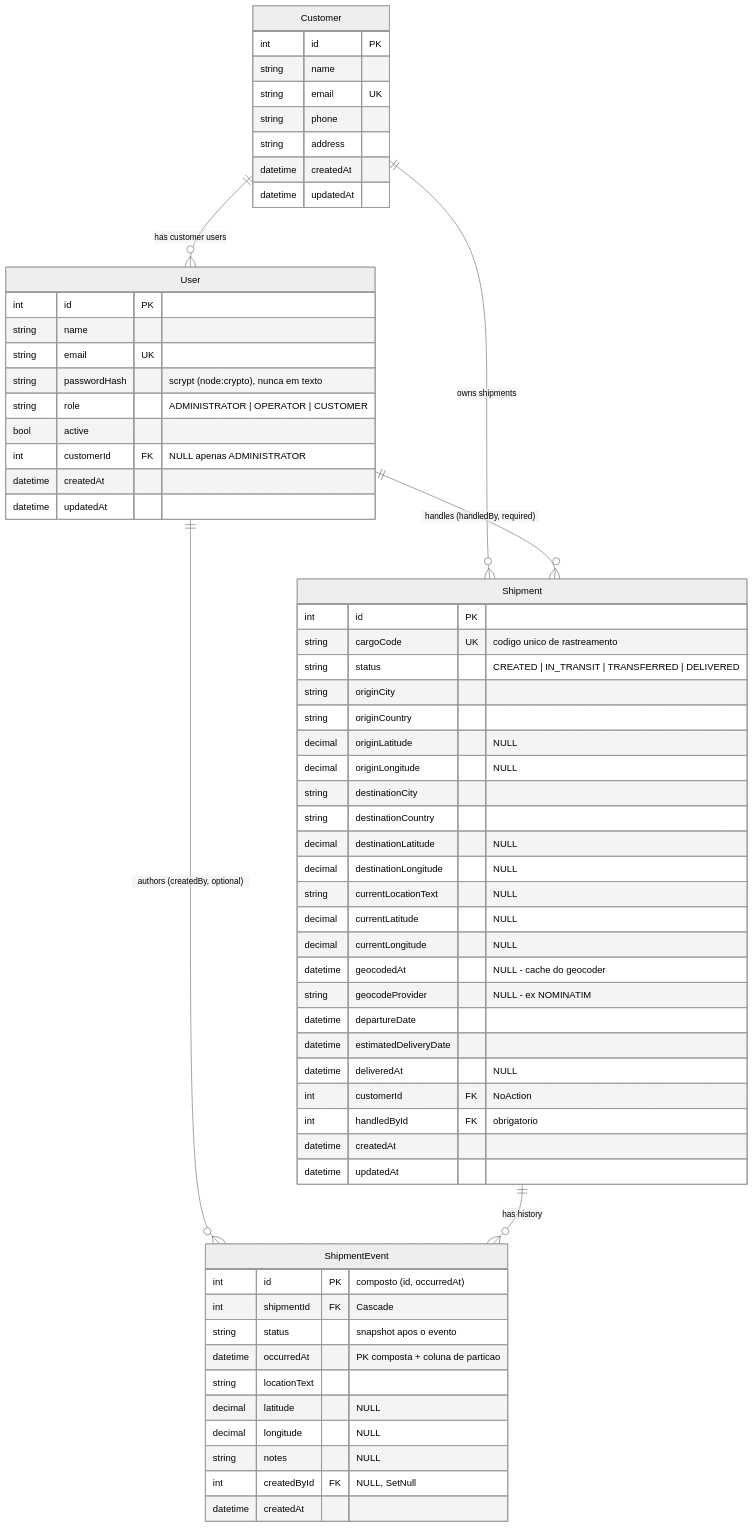
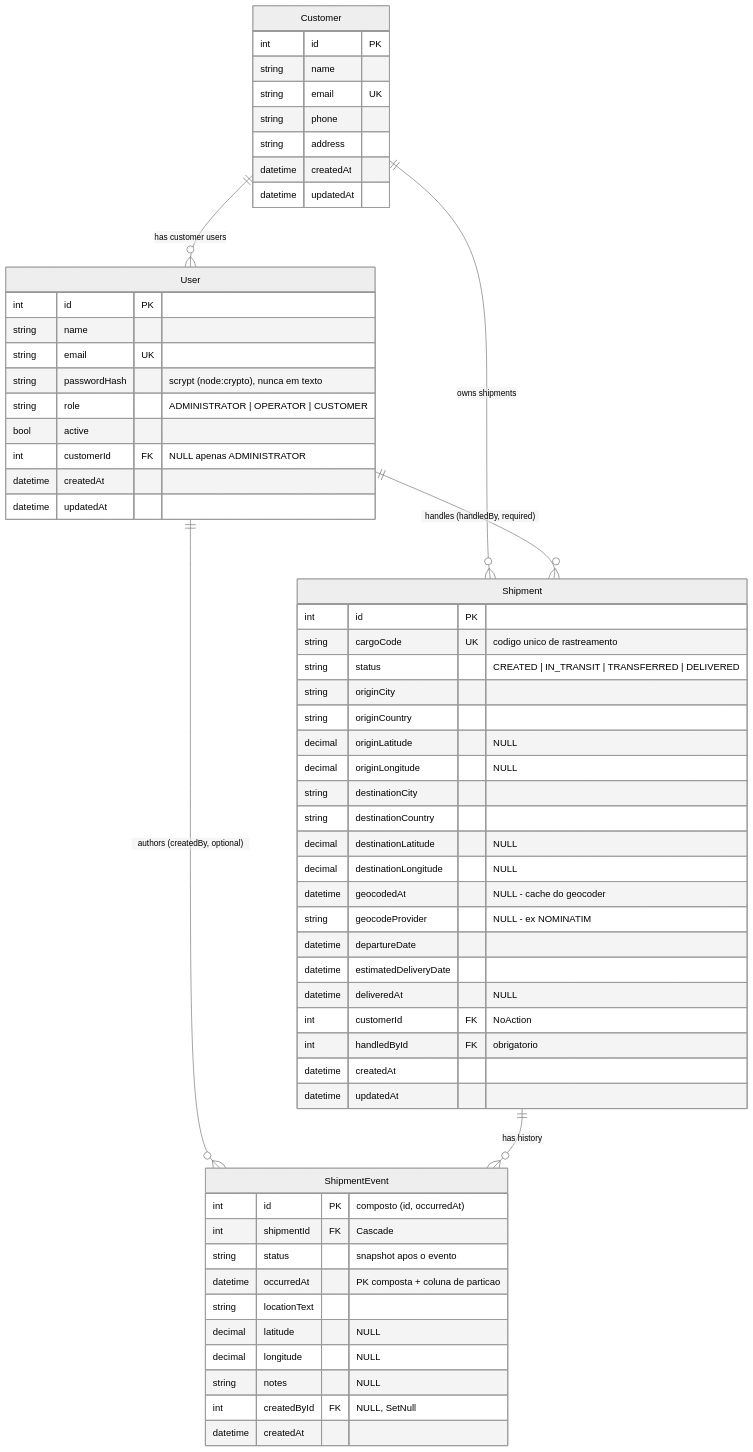
One commit to wellingtonfds/shipment-tracking-service changed the diagram in docs/DATABASE.md. Above: the diagram before and after it, drawn with Mermaid (neutral theme). The commit also changed other lines of this file and 45 other files, not shown here.

````diff
--- a/docs/DATABASE.md
+++ b/docs/DATABASE.md
@@ -23,66 +24,63 @@
 ```mermaid
 erDiagram
     Customer ||--o{ User : "has customer users"
     Customer ||--o{ Shipment : "owns shipments"
     User ||--o{ Shipment : "handles (handledBy, required)"
     User ||--o{ ShipmentEvent : "authors (createdBy, optional)"
     Shipment ||--o{ ShipmentEvent : "has history"
 
     Customer {
         int id PK
         string name
         string email UK
         string phone
         string address
         datetime createdAt
         datetime updatedAt
     }
     User {
         int id PK
         string name
         string email UK
         string passwordHash "scrypt (node:crypto), nunca em texto"
         string role "ADMINISTRATOR | OPERATOR | CUSTOMER"
         bool active
         int customerId FK "NULL apenas ADMINISTRATOR"
         datetime createdAt
         datetime updatedAt
     }
     Shipment {
         int id PK
         string cargoCode UK "codigo unico de rastreamento"
         string status "CREATED | IN_TRANSIT | TRANSFERRED | DELIVERED"
         string originCity
         string originCountry
         decimal originLatitude "NULL"
         decimal originLongitude "NULL"
         string destinationCity
         string destinationCountry
         decimal destinationLatitude "NULL"
         decimal destinationLongitude "NULL"
-        string currentLocationText "NULL"
-        decimal currentLatitude "NULL"
-        decimal currentLongitude "NULL"
         datetime geocodedAt "NULL - cache do geocoder"
         string geocodeProvider "NULL - ex NOMINATIM"
         datetime departureDate
         datetime estimatedDeliveryDate
         datetime deliveredAt "NULL"
         int customerId FK "NoAction"
         int handledById FK "obrigatorio"
         datetime createdAt
         datetime updatedAt
     }
     ShipmentEvent {
         int id PK "composto (id, occurredAt)"
         int shipmentId FK "Cascade"
         string status "snapshot apos o evento"
         datetime occurredAt "PK composta + coluna de particao"
         string locationText
         decimal latitude "NULL"
         decimal longitude "NULL"
         string notes "NULL"
         int createdById FK "NULL, SetNull"
         datetime createdAt
     }
 ```
````
